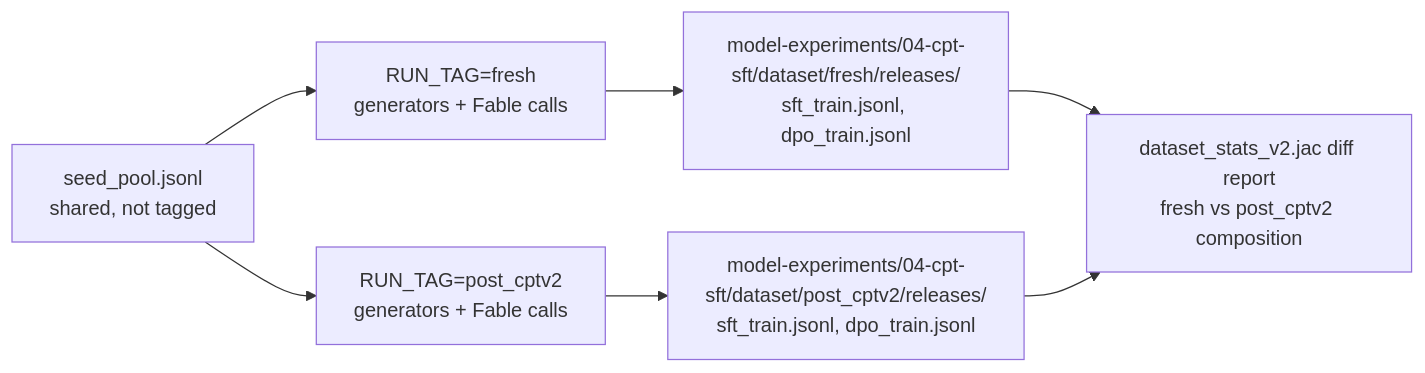
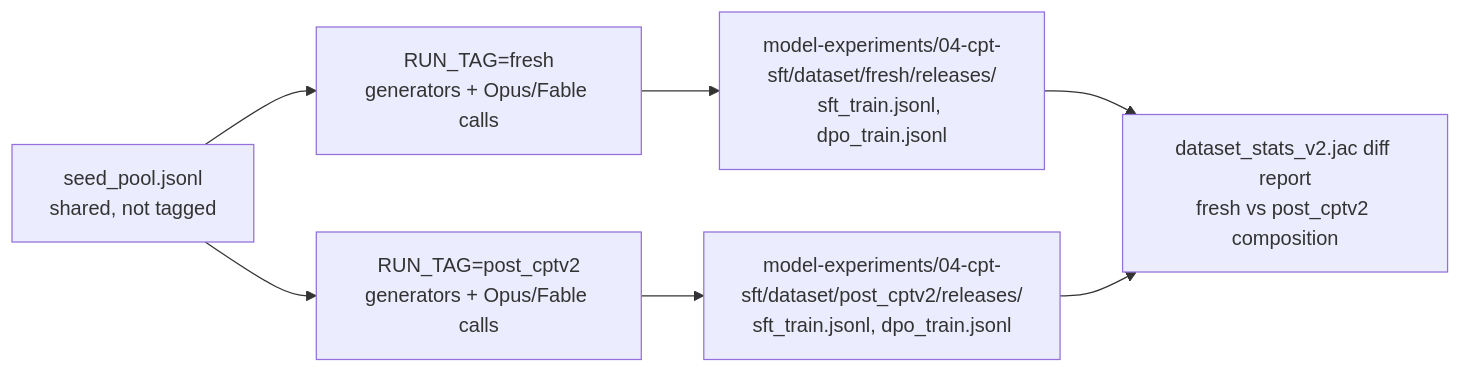
One commit to jaseci-labs/Jac_Model_Experiments changed the third of 3 diagrams in 04-cpt-sft/docs/datagen/workflow.md. Above: the diagram before and after it, drawn with Mermaid. The commit also changed other lines of this file and 3 other files, not shown here.

First line of the commit message:
docs: 04-cpt-sft — split generator model, Opus for bulk, Fable for precision

````diff
--- a/04-cpt-sft/docs/datagen/workflow.md
+++ b/04-cpt-sft/docs/datagen/workflow.md
@@ -138,13 +141,13 @@
 ```mermaid
 flowchart LR
     seedpool[seed_pool.jsonl<br/>shared, not tagged]
 
-    seedpool --> freshgen[RUN_TAG=fresh<br/>generators + Fable calls]
-    seedpool --> postgen[RUN_TAG=post_cptv2<br/>generators + Fable calls]
+    seedpool --> freshgen[RUN_TAG=fresh<br/>generators + Opus/Fable calls]
+    seedpool --> postgen[RUN_TAG=post_cptv2<br/>generators + Opus/Fable calls]
 
     freshgen --> freshout["model-experiments/04-cpt-sft/dataset/fresh/releases/<br/>sft_train.jsonl, dpo_train.jsonl"]
     postgen --> postout["model-experiments/04-cpt-sft/dataset/post_cptv2/releases/<br/>sft_train.jsonl, dpo_train.jsonl"]
 
     freshout --> compare[dataset_stats_v2.jac diff report<br/>fresh vs post_cptv2 composition]
     postout --> compare
 ```
````
